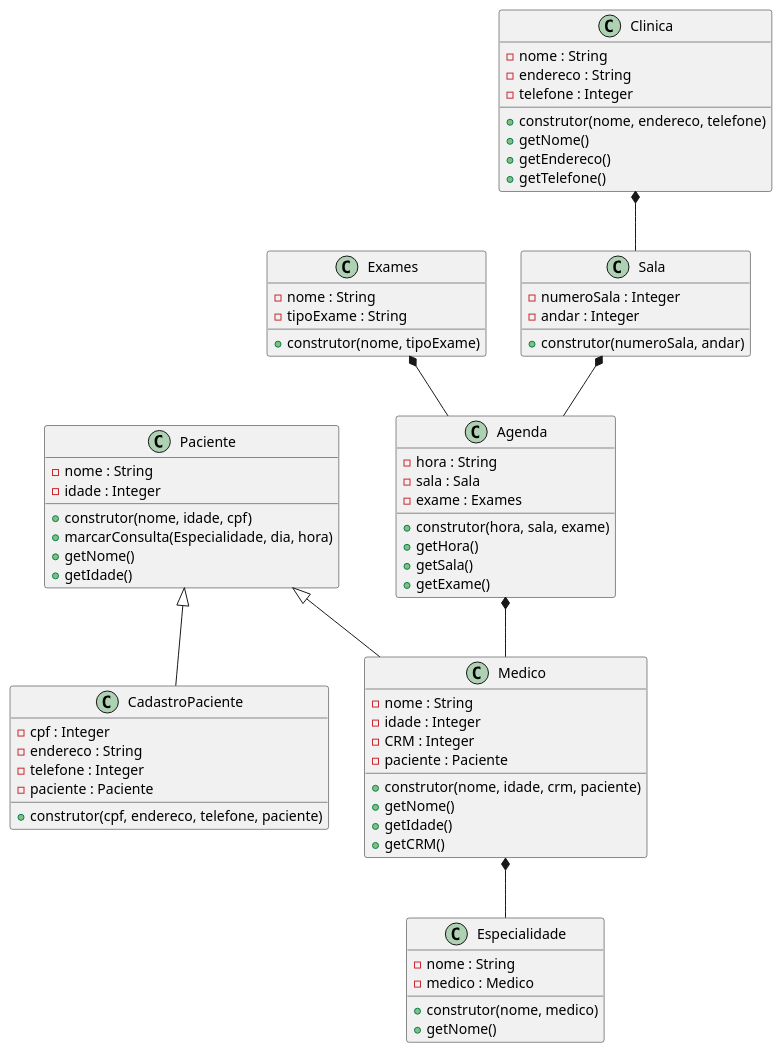
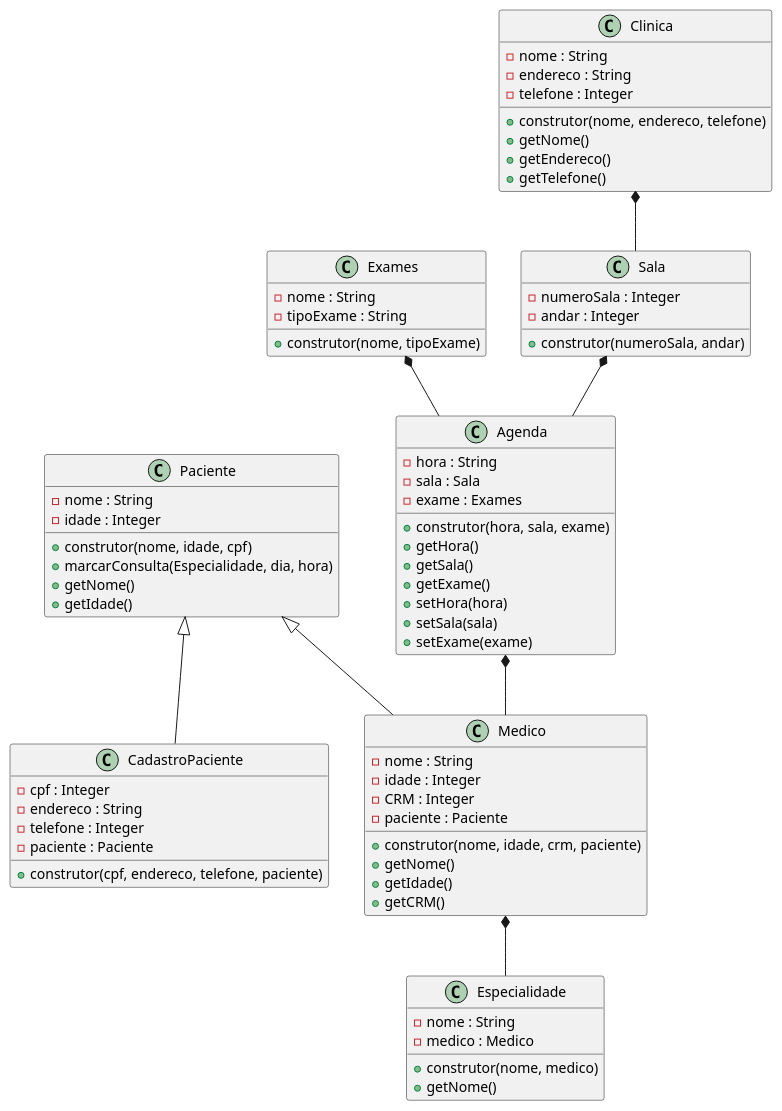
The diagram in diagrama.plantuml (anleaes/2022-1-N2-POO-03), drawn with PlantUML before and after one commit.

Commit message:
criado sets para classe agenda

```diff
--- a/diagrama.plantuml
+++ b/diagrama.plantuml
@@ -1,78 +1,81 @@
 @startuml Gerenciamento de Exames Medicos
 
     class Agenda{
         - hora : String
         - sala : Sala
         - exame : Exames
         + construtor(hora, sala, exame)
         + getHora()
         + getSala()
         + getExame()
+        + setHora(hora)
+        + setSala(sala)
+        + setExame(exame)
     }
 
     class Paciente{
         - nome : String
         - idade : Integer
         + construtor(nome, idade, cpf)
         + marcarConsulta(Especialidade, dia, hora)
         + getNome()
         + getIdade()
     }
 
     class CadastroPaciente{
         - cpf : Integer
         - endereco : String
         - telefone : Integer
         - paciente : Paciente
         + construtor(cpf, endereco, telefone, paciente)
     }
 
     class Medico{
         - nome : String
         - idade : Integer
         - CRM : Integer
         - paciente : Paciente
         + construtor(nome, idade, crm, paciente)
         + getNome()
         + getIdade()
         + getCRM()
     }
 
     class Exames{
         - nome : String
         - tipoExame : String
         + construtor(nome, tipoExame)
     }
 
     class Especialidade{
         - nome : String
         - medico : Medico
         + construtor(nome, medico)
         + getNome()
     }
 
     class Clinica{
         - nome : String
         - endereco : String
         - telefone : Integer
         + construtor(nome, endereco, telefone)
         + getNome()
         + getEndereco()
         + getTelefone()
     }
 
     class Sala{
         - numeroSala : Integer
         - andar : Integer
         + construtor(numeroSala, andar)
     }
 
     Paciente <|-- CadastroPaciente
     Paciente <|-- Medico
     Medico *-- Especialidade
     Exames *-- Agenda
     Sala *-- Agenda
     Agenda *-- Medico
     Clinica *-- Sala
 
 @enduml
```
